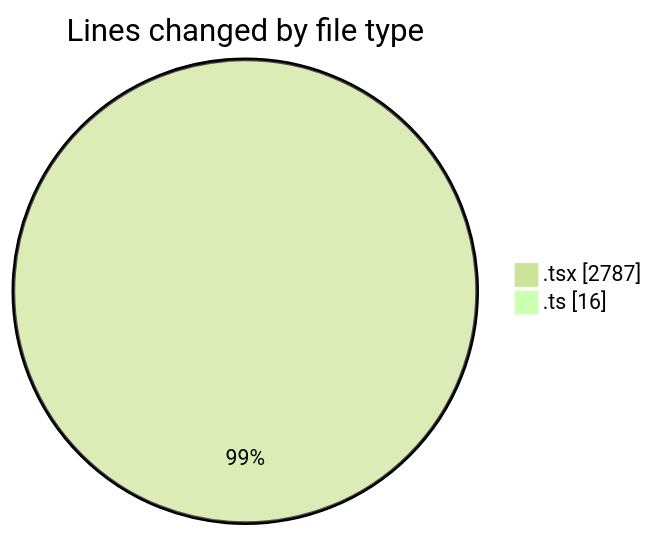
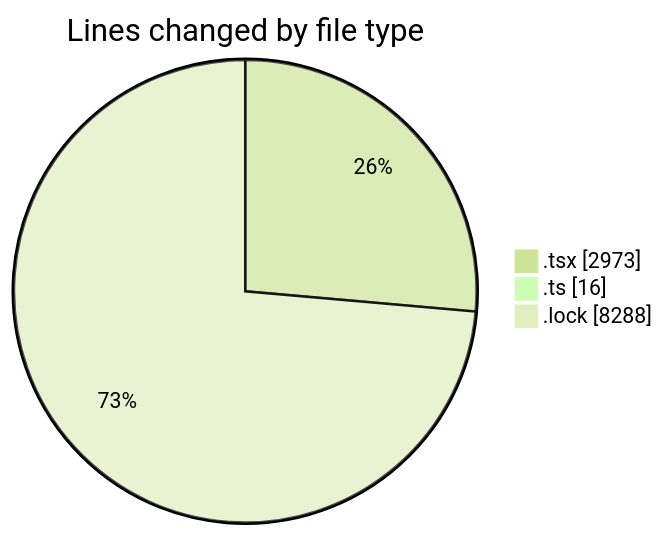
Before and after one commit to momahboobian/code-tracking: the first of 2 diagrams in 2025-11-07/cda/README.md, drawn with Mermaid (forest theme). The commit also changed other lines of this file and 1 other file, not shown here.

````diff
--- a/2025-11-07/cda/README.md
+++ b/2025-11-07/cda/README.md
@@ -21,6 +23,7 @@
 ```mermaid
 pie showData
 title Lines changed by file type
-".tsx" : 2787
+".tsx" : 2973
 ".ts" : 16
+".lock" : 8288
 ```
````
